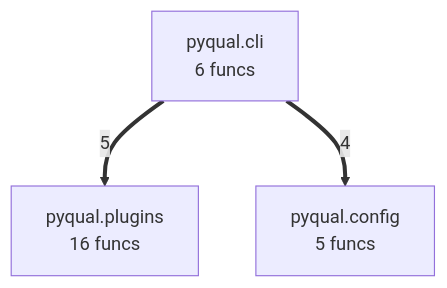
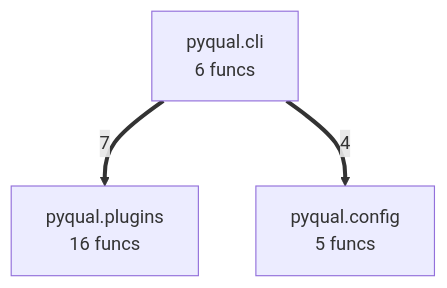
The diagram in project/compact_flow.mmd (semcod/pyqual), drawn with Mermaid before and after one commit. The commit also changed 28 other files, not shown here.

```diff
--- a/project/compact_flow.mmd
+++ b/project/compact_flow.mmd
@@ -1,6 +1,6 @@
 flowchart TD
     pyqual__cli["pyqual.cli<br/>6 funcs"]
     pyqual__config["pyqual.config<br/>5 funcs"]
     pyqual__plugins["pyqual.plugins<br/>16 funcs"]
-    pyqual__cli ==>|5| pyqual__plugins
+    pyqual__cli ==>|7| pyqual__plugins
     pyqual__cli ==>|4| pyqual__config
```
